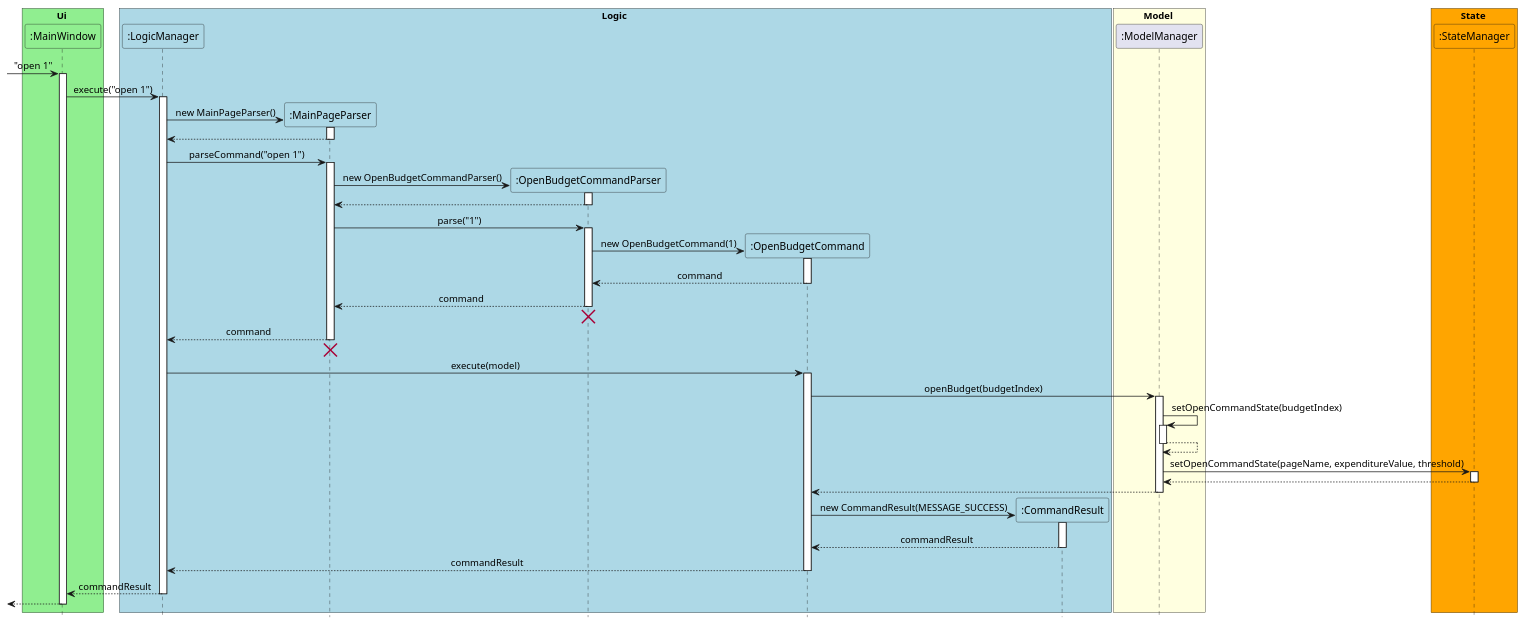
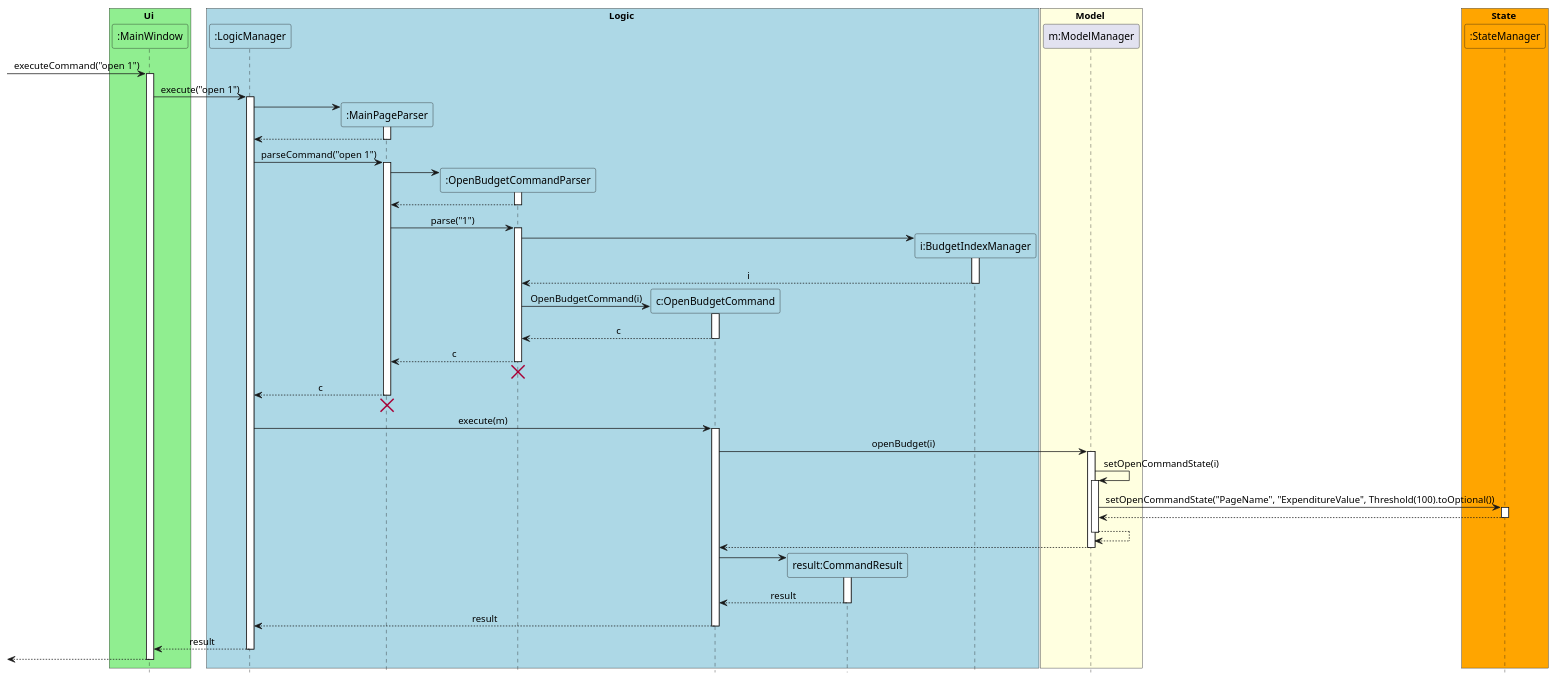
Before and after one commit to yu-ming-chen/tp: the diagram in docs/diagrams/UpdateTitleSequenceDiagram.puml, drawn with PlantUML. The commit also changed 13 other files, not shown here.

Commit message:
Edit diagrams

```diff
--- a/docs/diagrams/UpdateTitleSequenceDiagram.puml
+++ b/docs/diagrams/UpdateTitleSequenceDiagram.puml
@@ -1,106 +1,114 @@
 @startuml
 
 skinparam Sequence {
     MessageAlign center
 }
 
 hide footbox
 
 box Ui #LightGreen
 participant ":MainWindow" as MainWindow #LightGreen
 end box
 
 box Logic #LightBlue
 participant ":LogicManager" as LogicManager #LightBlue
 participant ":MainPageParser" as MainPageParser #LightBlue
 participant ":OpenBudgetCommandParser" as OpenBudgetCommandParser #LightBlue
-participant ":OpenBudgetCommand" as OpenBudgetCommand #LightBlue
-participant ":CommandResult" as CommandResult #LightBlue
+participant "c:OpenBudgetCommand" as OpenBudgetCommand #LightBlue
+participant "result:CommandResult" as CommandResult #LightBlue
+participant "i:BudgetIndexManager" as BudgetIndex  #LightBlue
 end box
 
 box Model #LightYellow
-participant ":ModelManager" as ModelManager
+participant "m:ModelManager" as ModelManager
 end box
 
 box State #Orange
 participant ":StateManager" as StateManager #Orange
 end box
 
-[-> MainWindow : "open 1"
+[-> MainWindow : executeCommand("open 1")
 activate MainWindow
 
 MainWindow -> LogicManager : execute("open 1")
 activate LogicManager
 
 create MainPageParser
-LogicManager -> MainPageParser : new MainPageParser()
+LogicManager -> MainPageParser
 activate MainPageParser
 MainPageParser --> LogicManager
 deactivate MainPageParser
 
 LogicManager -> MainPageParser : parseCommand("open 1")
 activate MainPageParser
 
 create OpenBudgetCommandParser
-MainPageParser -> OpenBudgetCommandParser : new OpenBudgetCommandParser()
+MainPageParser -> OpenBudgetCommandParser
 activate OpenBudgetCommandParser
 
 OpenBudgetCommandParser --> MainPageParser
 deactivate OpenBudgetCommandParser
 
 MainPageParser -> OpenBudgetCommandParser : parse("1")
 activate OpenBudgetCommandParser
 
+create BudgetIndex
+OpenBudgetCommandParser -> BudgetIndex
+activate BudgetIndex
+BudgetIndex --> OpenBudgetCommandParser : i
+deactivate BudgetIndex
+
 create OpenBudgetCommand
-OpenBudgetCommandParser -> OpenBudgetCommand : new OpenBudgetCommand(1)
+OpenBudgetCommandParser -> OpenBudgetCommand : OpenBudgetCommand(i)
 activate OpenBudgetCommand
 
-OpenBudgetCommand --> OpenBudgetCommandParser : command
+OpenBudgetCommand --> OpenBudgetCommandParser : c
 deactivate OpenBudgetCommand
 
-OpenBudgetCommandParser --> MainPageParser : command
+OpenBudgetCommandParser --> MainPageParser : c
 deactivate OpenBudgetCommandParser
 OpenBudgetCommandParser -[hidden]-> MainPageParser
 destroy OpenBudgetCommandParser
 
-MainPageParser --> LogicManager : command
+MainPageParser --> LogicManager : c
 deactivate MainPageParser
 MainPageParser -[hidden]-> LogicManager
 destroy MainPageParser
 
-LogicManager -> OpenBudgetCommand : execute(model)
+LogicManager -> OpenBudgetCommand : execute(m)
 activate OpenBudgetCommand
 
-OpenBudgetCommand -> ModelManager : openBudget(budgetIndex)
+OpenBudgetCommand -> ModelManager : openBudget(i)
 activate ModelManager
 
-ModelManager -> ModelManager : setOpenCommandState(budgetIndex)
+ModelManager -> ModelManager : setOpenCommandState(i)
 activate ModelManager
-ModelManager --> ModelManager
-deactivate ModelManager
 
-ModelManager -> StateManager : setOpenCommandState(pageName, expenditureValue, threshold)
+ModelManager -> StateManager : setOpenCommandState("PageName", "ExpenditureValue", Threshold(100).toOptional())
 activate StateManager
 
 StateManager --> ModelManager
 deactivate StateManager
 
+ModelManager --> ModelManager
+deactivate ModelManager
+
 ModelManager --> OpenBudgetCommand
 deactivate ModelManager
 
 create CommandResult
-OpenBudgetCommand -> CommandResult : new CommandResult(MESSAGE_SUCCESS)
+OpenBudgetCommand -> CommandResult
 activate CommandResult
 
-CommandResult --> OpenBudgetCommand : commandResult
+CommandResult --> OpenBudgetCommand : result
 deactivate CommandResult
 
-OpenBudgetCommand --> LogicManager : commandResult
+OpenBudgetCommand --> LogicManager : result
 deactivate OpenBudgetCommand
 
-LogicManager --> MainWindow : commandResult
+LogicManager --> MainWindow : result
 deactivate LogicManager
 
 [<--MainWindow
 deactivate MainWindow
 @enduml
```
